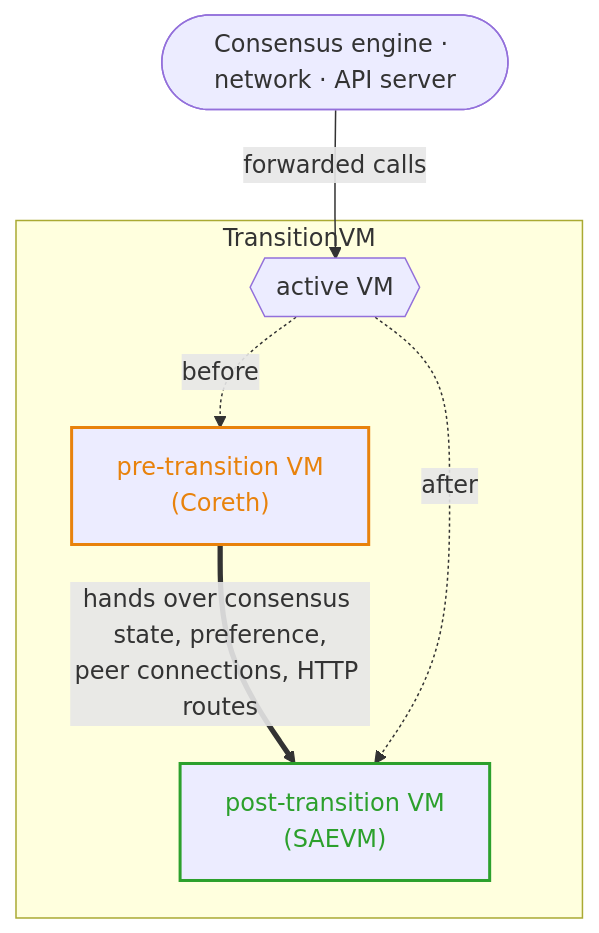
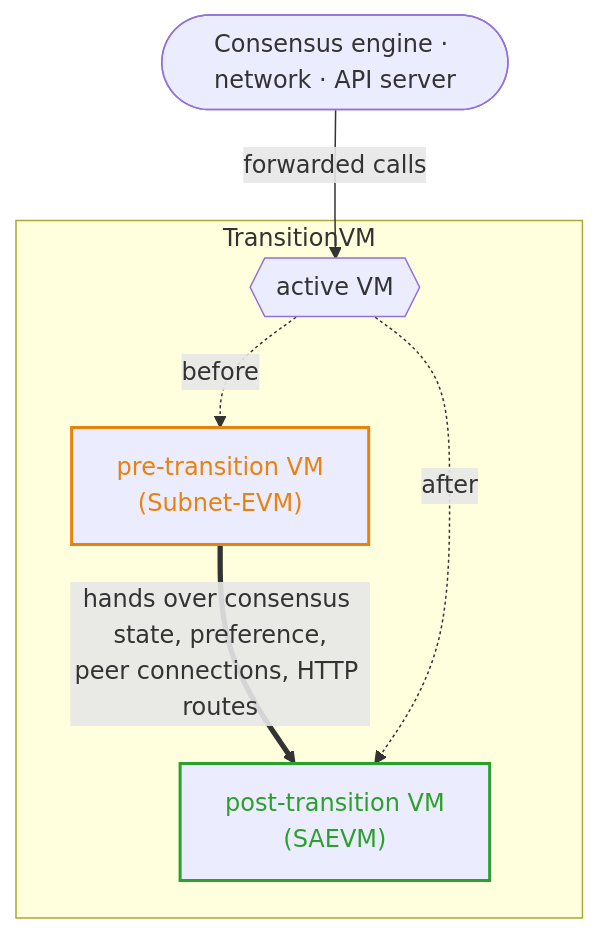
The third of 5 diagrams in vms/transitionvm/README.md (ava-labs/avalanchego), drawn with Mermaid before and after one commit. The commit also changed other lines of this file and 21 other files, not shown here.

Commit message:
docs: fix stale coreth and transition references

````diff
--- a/vms/transitionvm/README.md
+++ b/vms/transitionvm/README.md
@@ -139,20 +139,20 @@
 ```mermaid
 flowchart TB
     ext([Consensus engine · network · API server])
     ext -->|"forwarded calls"| active
 
     subgraph VM["TransitionVM"]
         active{{"active VM"}}
-        pre["pre-transition VM<br/>(Coreth)"]
+        pre["pre-transition VM<br/>(Subnet-EVM)"]
         post["post-transition VM<br/>(SAEVM)"]
         pre ==>|"hands over consensus state, preference,<br/>peer connections, HTTP routes"| post
     end
 
     active -.->|"before"| pre
     active -.->|"after"| post
 
     classDef preCls stroke:#e8820c,stroke-width:2px,color:#e8820c;
     classDef postCls stroke:#2ca02c,stroke-width:2px,color:#2ca02c;
     class pre preCls;
     class post postCls;
 ```
````
